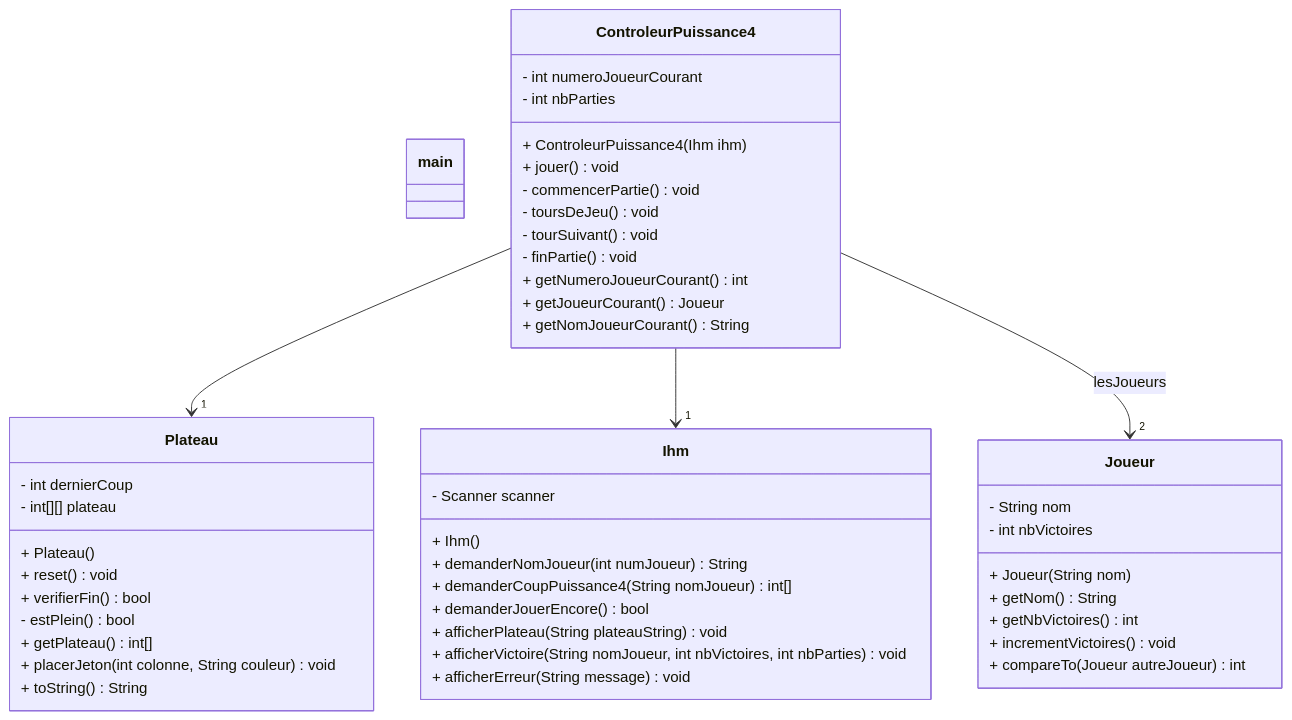
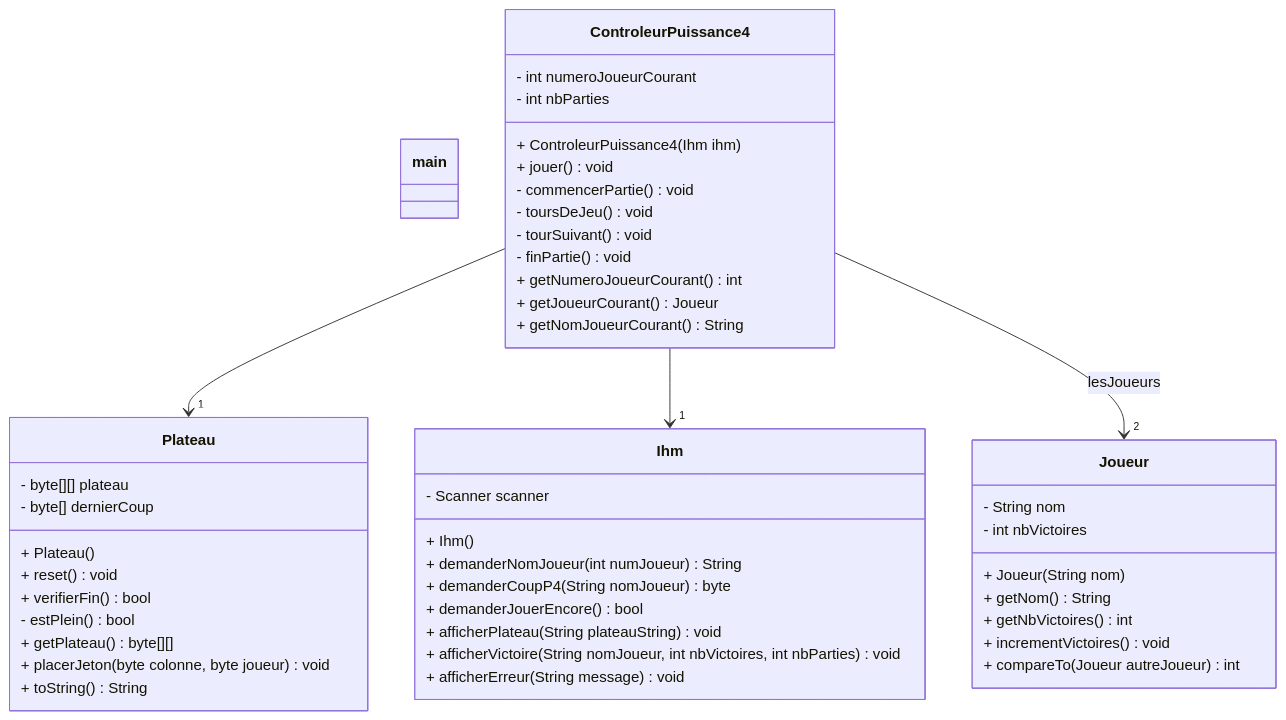
Before and after one commit to Kaawan-d20/CDA: the second of 2 diagrams in Document/Iteration2/Iteration2.md, drawn with Mermaid. The commit also changed other lines of this file and 5 other files, not shown here.

````diff
--- a/Document/Iteration2/Iteration2.md
+++ b/Document/Iteration2/Iteration2.md
@@ -70,61 +70,61 @@
 ```mermaid
 classDiagram
     class main {
 
     }
 
     class Ihm {
         - Scanner scanner
 
         + Ihm()
         + demanderNomJoueur(int numJoueur) String
-        + demanderCoupPuissance4(String nomJoueur) int[]
+        + demanderCoupP4(String nomJoueur) byte
         + demanderJouerEncore() bool
         + afficherPlateau(String plateauString) void
         + afficherVictoire(String nomJoueur, int nbVictoires, int nbParties) void
         + afficherErreur(String message) void
     }
 
     class ControleurPuissance4 {
         - int numeroJoueurCourant
         - int nbParties
         
         + ControleurPuissance4(Ihm ihm)
         + jouer () void
         - commencerPartie() void
         - toursDeJeu() void
         - tourSuivant() void
         - finPartie() void
         + getNumeroJoueurCourant() int
         + getJoueurCourant() Joueur
         + getNomJoueurCourant() String
     }
 
     class Joueur {
         - String nom
         - int nbVictoires
 
         + Joueur(String nom)
         + getNom() String
         + getNbVictoires() int
         + incrementVictoires() void
         + compareTo(Joueur autreJoueur) int
     }
 
     class Plateau {
-        - int dernierCoup
-        - int[][] plateau
+        - byte[][] plateau
+        - byte[] dernierCoup
                 
         + Plateau ()
         + reset() void
         + verifierFin() bool
         - estPlein() bool
-        + getPlateau() int[]
-        + placerJeton(int colonne, String couleur) void
+        + getPlateau() byte[][]
+        + placerJeton(byte colonne, byte joueur) void
         + toString() String
     }
 
     ControleurPuissance4 --> "1" Plateau
     ControleurPuissance4 --> "1" Ihm
     ControleurPuissance4 --> "2" Joueur : lesJoueurs
 ```
````
